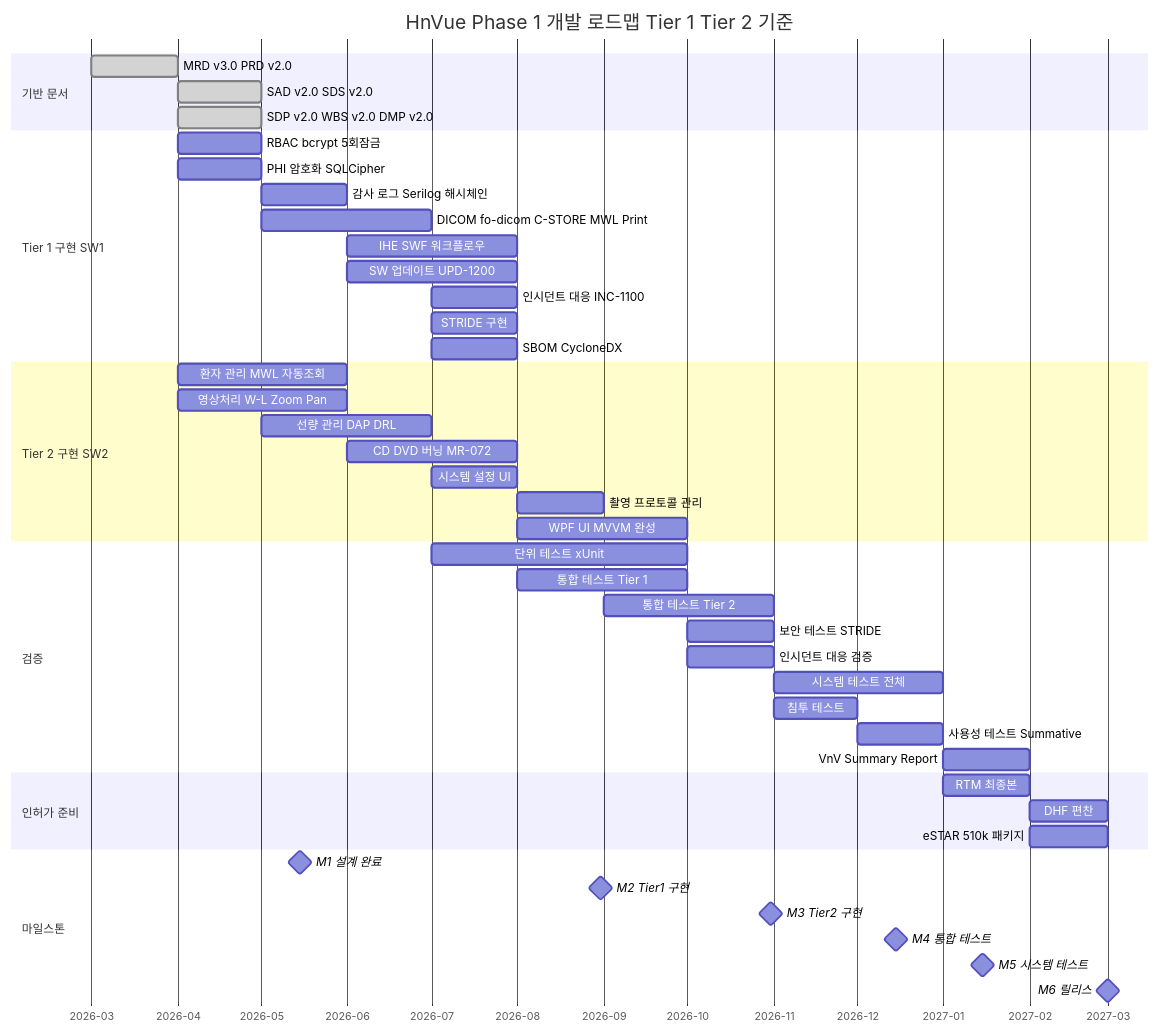
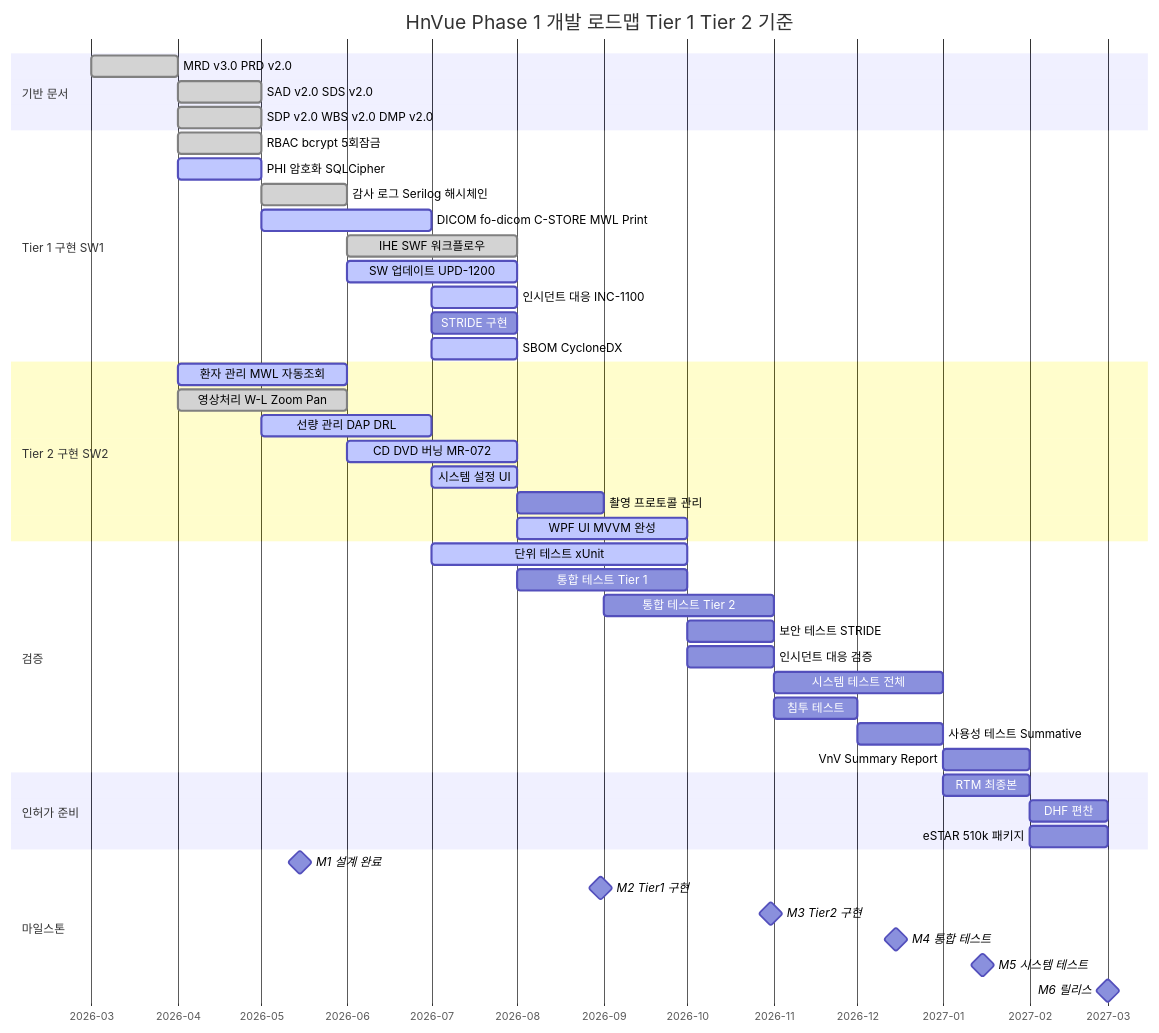
One commit to holee9/console-gui changed the fourth of 6 diagrams in docs/management/WBS-001_WBS_v2.0.md. Above: the diagram before and after it, drawn with Mermaid. The commit also changed other lines of this file and 27 other files, not shown here.

````diff
--- a/docs/management/WBS-001_WBS_v2.0.md
+++ b/docs/management/WBS-001_WBS_v2.0.md
@@ -247,55 +248,55 @@
 ```mermaid
 gantt
     title HnVue Phase 1 개발 로드맵 Tier 1 Tier 2 기준
     dateFormat  YYYY-MM
     axisFormat  %Y-%m
 
     section 기반 문서
     MRD v3.0 PRD v2.0         :done, base1, 2026-03, 1M
     SAD v2.0 SDS v2.0         :done, base2, 2026-04, 1M
     SDP v2.0 WBS v2.0 DMP v2.0 :done, base3, 2026-04, 1M
 
     section Tier 1 구현 SW1
-    RBAC bcrypt 5회잠금       :t1a, 2026-04, 1M
-    PHI 암호화 SQLCipher      :t1b, 2026-04, 1M
-    감사 로그 Serilog 해시체인 :t1c, 2026-05, 1M
-    DICOM fo-dicom C-STORE MWL Print :t1d, 2026-05, 2M
-    IHE SWF 워크플로우        :t1e, 2026-06, 2M
-    SW 업데이트 UPD-1200      :t1f, 2026-06, 2M
-    인시던트 대응 INC-1100    :t1g, 2026-07, 1M
+    RBAC bcrypt 5회잠금       :done, t1a, 2026-04, 1M
+    PHI 암호화 SQLCipher      :active, t1b, 2026-04, 1M
+    감사 로그 Serilog 해시체인 :done, t1c, 2026-05, 1M
+    DICOM fo-dicom C-STORE MWL Print :active, t1d, 2026-05, 2M
+    IHE SWF 워크플로우        :done, t1e, 2026-06, 2M
+    SW 업데이트 UPD-1200      :active, t1f, 2026-06, 2M
+    인시던트 대응 INC-1100    :active, t1g, 2026-07, 1M
     STRIDE 구현               :t1h, 2026-07, 1M
-    SBOM CycloneDX            :t1i, 2026-07, 1M
+    SBOM CycloneDX            :active, t1i, 2026-07, 1M
 
     section Tier 2 구현 SW2
-    환자 관리 MWL 자동조회    :t2a, 2026-04, 2M
-    영상처리 W-L Zoom Pan     :t2b, 2026-04, 2M
-    선량 관리 DAP DRL         :t2c, 2026-05, 2M
-    CD DVD 버닝 MR-072        :t2d, 2026-06, 2M
-    시스템 설정 UI            :t2e, 2026-07, 1M
+    환자 관리 MWL 자동조회    :active, t2a, 2026-04, 2M
+    영상처리 W-L Zoom Pan     :done, t2b, 2026-04, 2M
+    선량 관리 DAP DRL         :active, t2c, 2026-05, 2M
+    CD DVD 버닝 MR-072        :active, t2d, 2026-06, 2M
+    시스템 설정 UI            :active, t2e, 2026-07, 1M
     촬영 프로토콜 관리        :t2f, 2026-08, 1M
-    WPF UI MVVM 완성          :t2g, 2026-08, 2M
+    WPF UI MVVM 완성          :active, t2g, 2026-08, 2M
 
     section 검증
-    단위 테스트 xUnit         :v1, 2026-07, 3M
+    단위 테스트 xUnit         :active, v1, 2026-07, 3M
     통합 테스트 Tier 1        :v2, 2026-08, 2M
     통합 테스트 Tier 2        :v3, 2026-09, 2M
     보안 테스트 STRIDE        :v4, 2026-10, 1M
     인시던트 대응 검증        :v5, 2026-10, 1M
     시스템 테스트 전체        :v6, 2026-11, 2M
     침투 테스트               :v7, 2026-11, 1M
     사용성 테스트 Summative   :v8, 2026-12, 1M
     VnV Summary Report        :v9, 2027-01, 1M
 
     section 인허가 준비
     RTM 최종본                :r1, 2027-01, 1M
     DHF 편찬                  :r2, 2027-02, 1M
     eSTAR 510k 패키지         :r3, 2027-02, 1M
 
     section 마일스톤
     M1 설계 완료              :milestone, m1, 2026-05-15, 0d
     M2 Tier1 구현             :milestone, m2, 2026-08-31, 0d
     M3 Tier2 구현             :milestone, m3, 2026-10-31, 0d
     M4 통합 테스트            :milestone, m4, 2026-12-15, 0d
     M5 시스템 테스트          :milestone, m5, 2027-01-15, 0d
     M6 릴리스                 :milestone, m6, 2027-03-01, 0d
 ```
````
